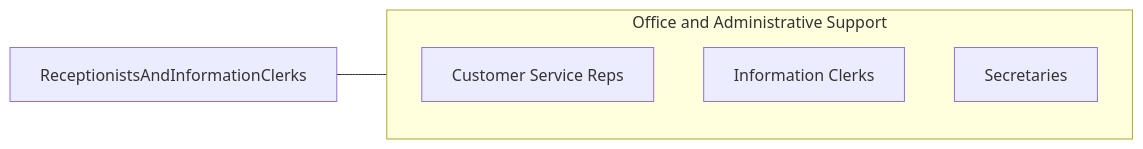
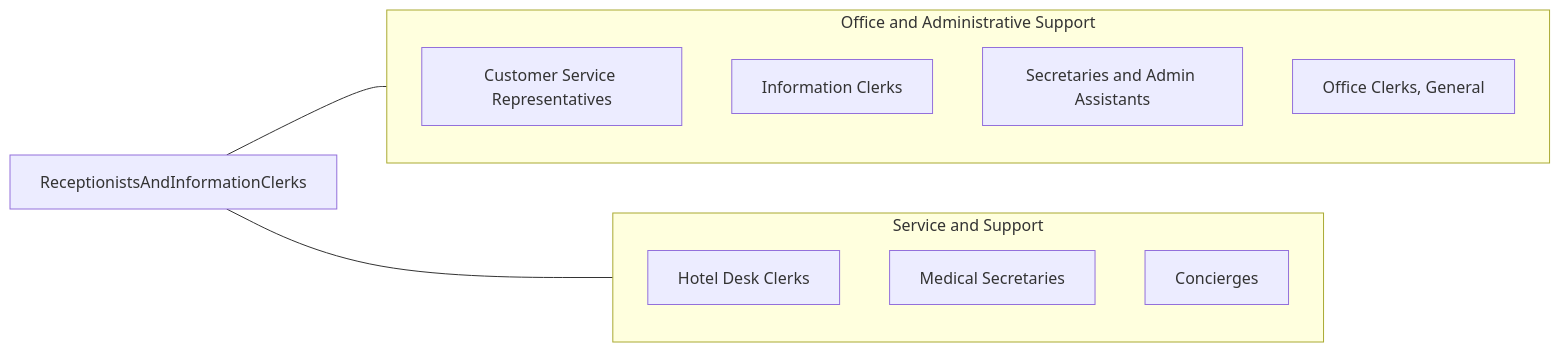
Before and after one commit to kziemski/business.org.ai: the fourth of 4 diagrams in occupations/Administrative/ReceptionistsAndInformationClerks.mdx, drawn with Mermaid. The commit also changed other lines of this file and 19 other files, not shown here.

````diff
--- a/occupations/Administrative/ReceptionistsAndInformationClerks.mdx
+++ b/occupations/Administrative/ReceptionistsAndInformationClerks.mdx
@@ -99,10 +230,20 @@
 ```mermaid
 graph LR
     Current["ReceptionistsAndInformationClerks"]
+
     subgraph SameCategory["Office and Administrative Support"]
-        RCustomerServiceReps["Customer Service Reps"]
-        RInformationClerks["Information Clerks"]
-        RSecretaries["Secretaries"]
+        CustomerServiceReps["Customer Service Representatives"]
+        InformationClerks["Information Clerks"]
+        Secretaries["Secretaries and Admin Assistants"]
+        OfficeClerks["Office Clerks, General"]
     end
+
+    subgraph CrossFunctional["Service and Support"]
+        HotelClerks["Hotel Desk Clerks"]
+        MedicalSecretaries["Medical Secretaries"]
+        Concierges["Concierges"]
+    end
+
     Current --- SameCategory
+    Current --- CrossFunctional
 ```
````
